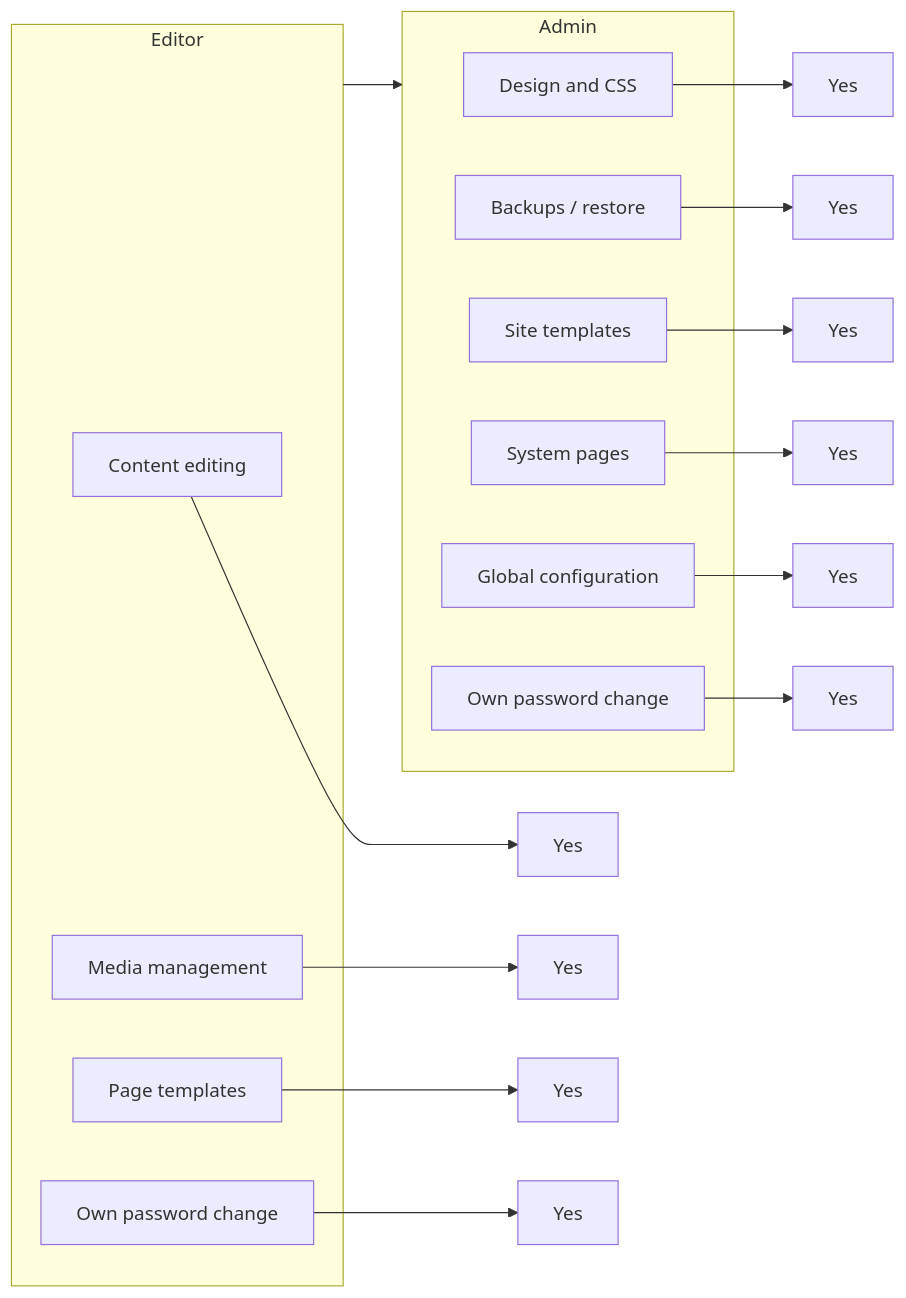
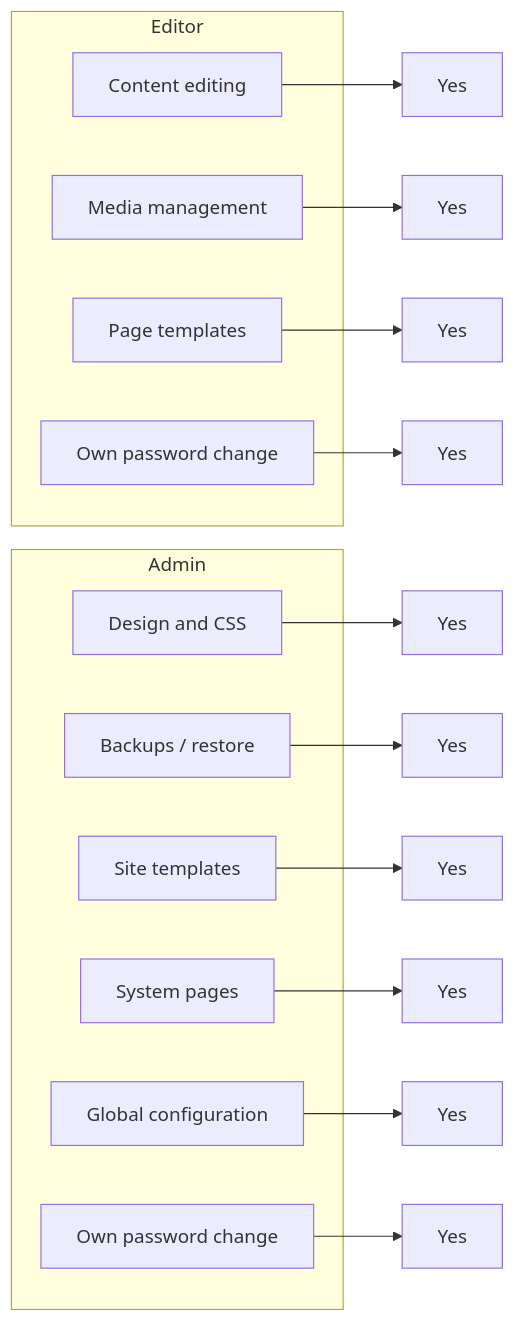
One commit to tbreuss/jaco-cms changed the sixth of 6 diagrams in docs/ARCHITECTURE.md. Above: the diagram before and after it, drawn with Mermaid. The commit also changed other lines of this file, not shown here.

Commit message:
Finalize the architecture overview as a non-redundant systems overview for the docs directory

````diff
--- a/docs/ARCHITECTURE.md
+++ b/docs/ARCHITECTURE.md
@@ -167,32 +167,30 @@
 ```mermaid
 flowchart LR
     subgraph Editor[Editor]
         E1[Content editing]
         E2[Media management]
         E3[Page templates]
         E4[Own password change]
     end
 
     subgraph Admin[Admin]
         A1[Design and CSS]
         A2[Backups / restore]
         A3[Site templates]
         A4[System pages]
         A5[Global configuration]
         A6[Own password change]
     end
 
     E1 --> Yes1[Yes]
     E2 --> Yes2[Yes]
     E3 --> Yes3[Yes]
     E4 --> Yes4[Yes]
 
     A1 --> Yes5[Yes]
     A2 --> Yes6[Yes]
     A3 --> Yes7[Yes]
     A4 --> Yes8[Yes]
     A5 --> Yes9[Yes]
     A6 --> Yes10[Yes]
-
-    Editor --> Admin
 ```
````
